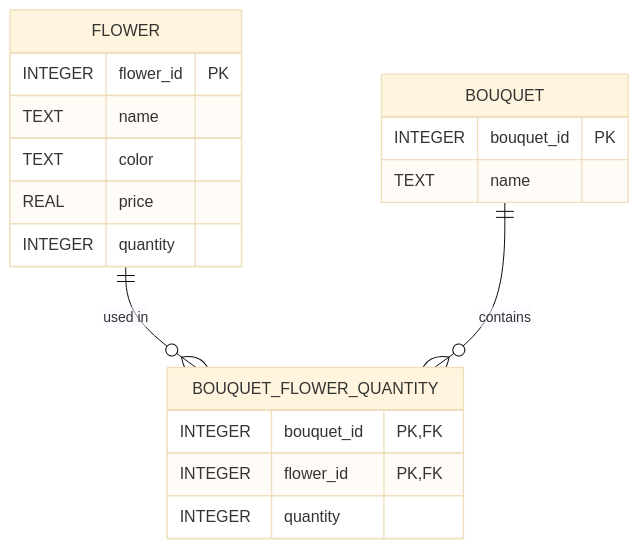
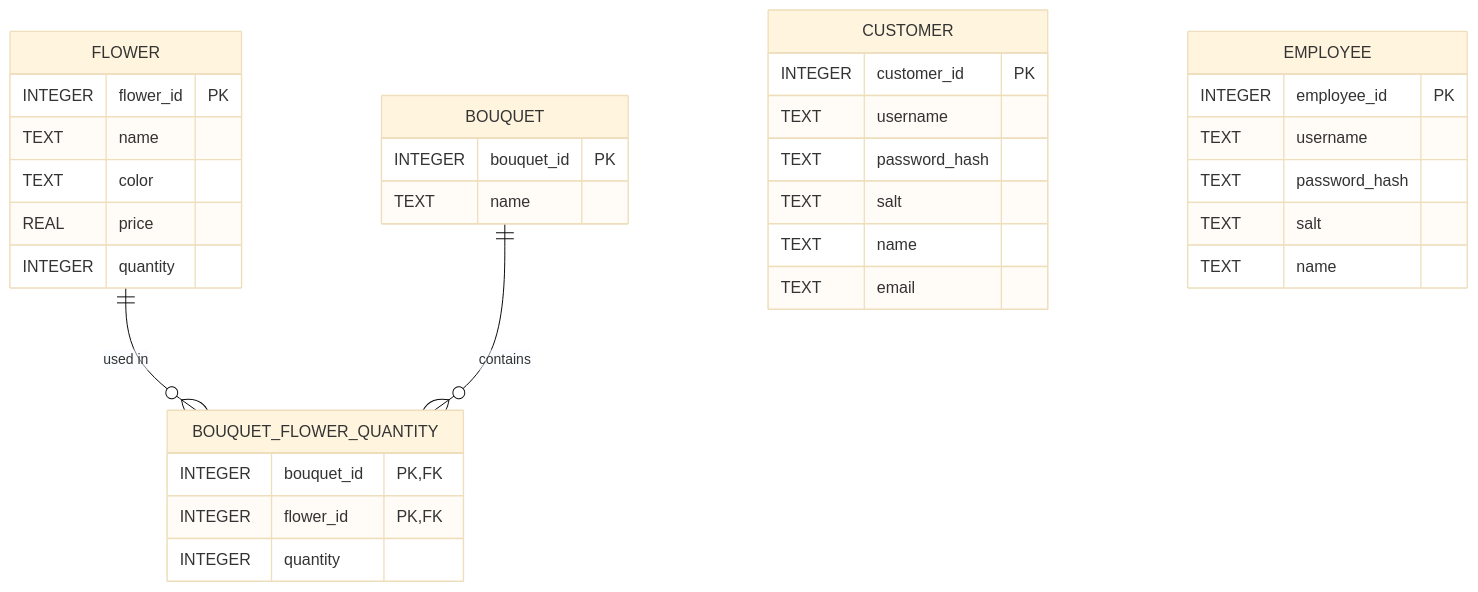
Before and after one commit to grfinch/IS6495-group-project: the diagram in README.md, drawn with Mermaid (base theme).

Commit message:
Add employee and customer to ERD

````diff
--- a/README.md
+++ b/README.md
@@ -34,24 +34,41 @@
 ```mermaid
 erDiagram
     FLOWER ||--o{ BOUQUET_FLOWER_QUANTITY : "used in"
     BOUQUET ||--o{ BOUQUET_FLOWER_QUANTITY : "contains"
 
     FLOWER {
         INTEGER flower_id PK
         TEXT name
         TEXT color
         REAL price
         INTEGER quantity
     }
 
     BOUQUET {
         INTEGER bouquet_id PK
         TEXT name
     }
 
     BOUQUET_FLOWER_QUANTITY {
         INTEGER bouquet_id PK, FK
         INTEGER flower_id PK, FK
         INTEGER quantity
     }
+
+        CUSTOMER {
+        INTEGER customer_id PK
+        TEXT username
+        TEXT password_hash
+        TEXT salt
+        TEXT name
+        TEXT email
+    }
+
+    EMPLOYEE {
+        INTEGER employee_id PK
+        TEXT username
+        TEXT password_hash
+        TEXT salt
+        TEXT name
+    }
 ```
````
